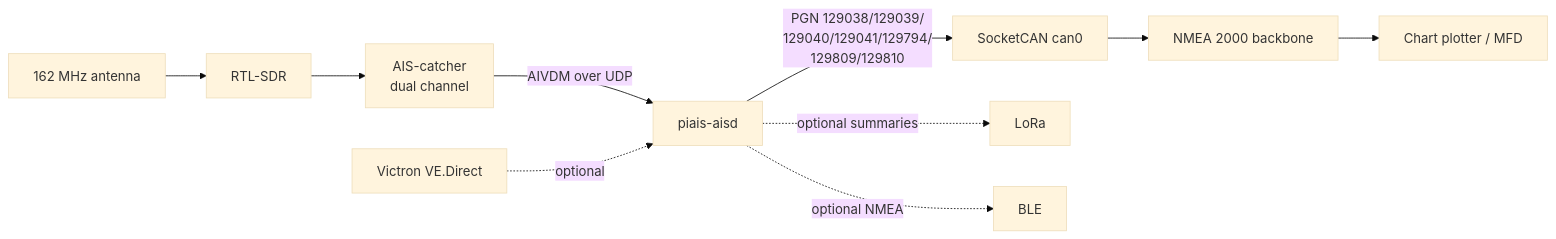
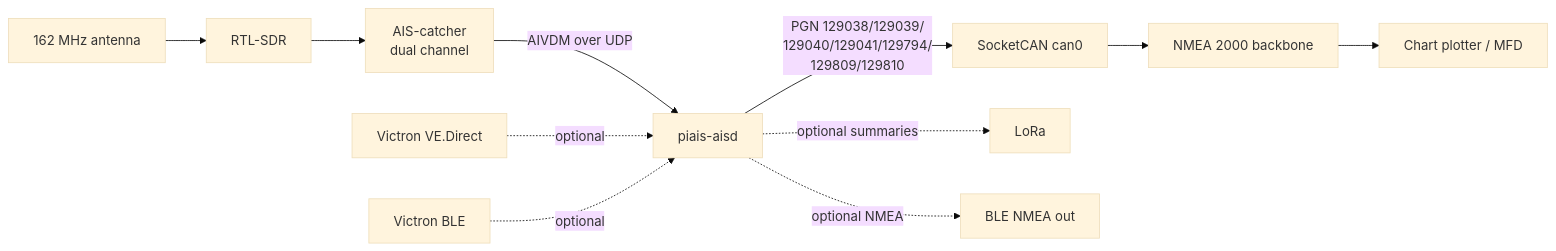
Before and after one commit to wkipling/piais: the diagram in README.md, drawn with Mermaid (base theme). The commit also changed other lines of this file and 5 other files, not shown here.

````diff
--- a/README.md
+++ b/README.md
@@ -52,12 +44,13 @@
 ```mermaid
 flowchart LR
     ANT[162 MHz antenna] --> SDR[RTL-SDR]
     SDR --> CAT[AIS-catcher<br/>dual channel]
     CAT -->|AIVDM over UDP| DAEMON[piais-aisd]
     DAEMON -->|PGN 129038/129039/<br/>129040/129041/129794/<br/>129809/129810| CAN[SocketCAN can0]
     CAN --> N2K[NMEA 2000 backbone]
     VIC[Victron VE.Direct] -.->|optional| DAEMON
+    VBT[Victron BLE] -.->|optional| DAEMON
     N2K --> PLOT[Chart plotter / MFD]
     DAEMON -.->|optional summaries| LORA[LoRa]
-    DAEMON -.->|optional NMEA| BLE[BLE]
+    DAEMON -.->|optional NMEA| BLEOUT[BLE NMEA out]
 ```
````
